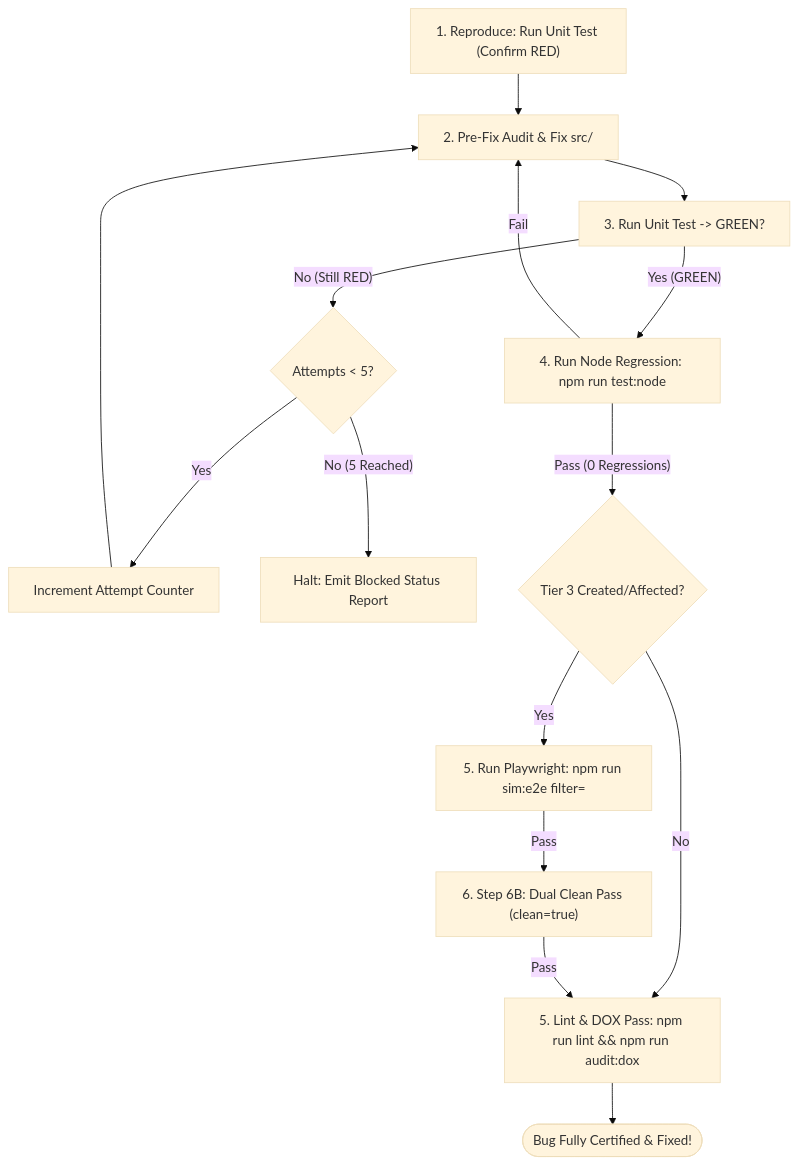
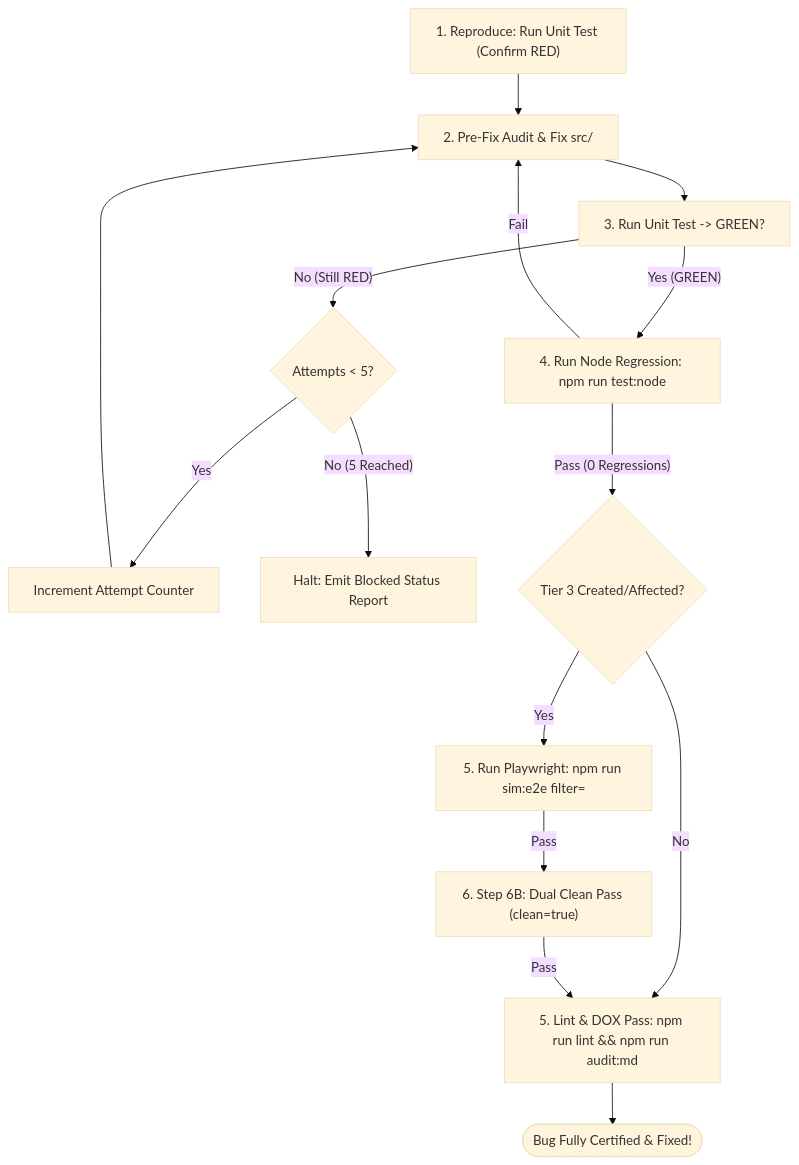
The diagram in .agents/skills/systematic-debugging/references/verification_and_repair_loop.md (Darkham77/PokeBorrador), drawn with Mermaid (base theme) before and after one commit. The commit also changed other lines of this file and 53 other files, not shown here.

````diff
--- a/.agents/skills/systematic-debugging/references/verification_and_repair_loop.md
+++ b/.agents/skills/systematic-debugging/references/verification_and_repair_loop.md
@@ -9,16 +9,16 @@
 ```mermaid
 flowchart TD
     Reproduce["1. Reproduce: Run Unit Test (Confirm RED)"] --> Diagnose["2. Pre-Fix Audit & Fix src/"]
     Diagnose --> VerifyUnit["3. Run Unit Test -> GREEN?"]
     VerifyUnit -- "No (Still RED)" --> AttemptCheck{"Attempts < 5?"}
     AttemptCheck -- "Yes" --> Increment["Increment Attempt Counter"] --> Diagnose
     AttemptCheck -- "No (5 Reached)" --> AbortBlocked["Halt: Emit Blocked Status Report"]
     VerifyUnit -- "Yes (GREEN)" --> RunNodeRegression["4. Run Node Regression: npm run test:node"]
     RunNodeRegression -- "Fail" --> Diagnose
     RunNodeRegression -- "Pass (0 Regressions)" --> CheckTier3{"Tier 3 Created/Affected?"}
-    CheckTier3 -- "No" --> LintAndDox["5. Lint & DOX Pass: npm run lint && npm run audit:dox"]
+    CheckTier3 -- "No" --> LintAndDox["5. Lint & DOX Pass: npm run lint && npm run audit:md"]
     CheckTier3 -- "Yes" --> RunPlaywright["5. Run Playwright: npm run sim:e2e filter=<suite>"]
     RunPlaywright -- "Pass" --> CleanZeroPass["6. Step 6B: Dual Clean Pass (clean=true)"]
     CleanZeroPass -- "Pass" --> LintAndDox
     LintAndDox --> Done(["Bug Fully Certified & Fixed!"])
 ```
````
